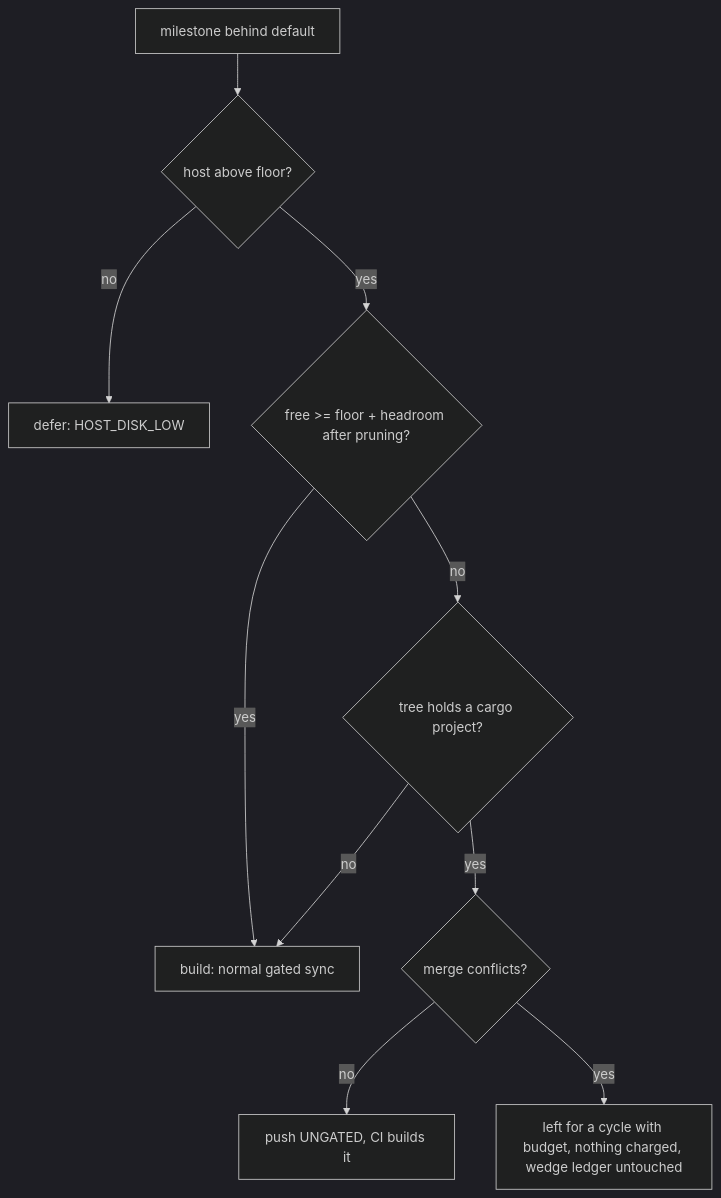
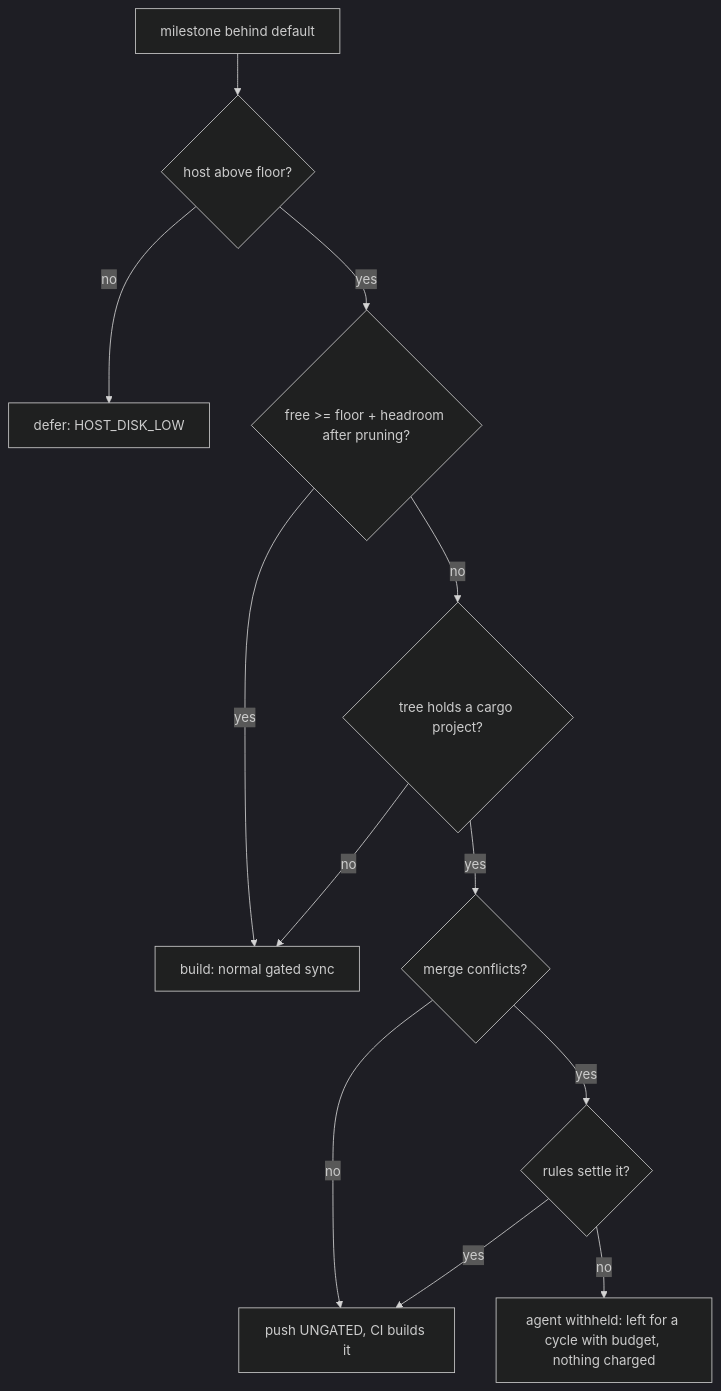
One commit to stSoftwareAU/VibeCoder changed the diagram in docs/archive/pr-summaries/pr-summary-4326.md. Above: the diagram before and after it, drawn with Mermaid (dark theme). The commit also changed other lines of this file and 22 other files, not shown here.

````diff
--- a/docs/archive/pr-summaries/pr-summary-4326.md
+++ b/docs/archive/pr-summaries/pr-summary-4326.md
@@ -62,12 +70,14 @@
 ```mermaid
 flowchart TD
     A[milestone behind default] --> B{host above floor?}
     B -- no --> D[defer: HOST_DISK_LOW]
     B -- yes --> C{free >= floor + headroom after pruning?}
     C -- yes --> E[build: normal gated sync]
     C -- no --> F{tree holds a cargo project?}
     F -- no --> E
     F -- yes --> G{merge conflicts?}
     G -- no --> H[push UNGATED, CI builds it]
-    G -- yes --> I[left for a cycle with budget, nothing charged, wedge ledger untouched]
+    G -- yes --> J{rules settle it?}
+    J -- yes --> H
+    J -- no --> I[agent withheld: left for a cycle with budget, nothing charged]
 ```
````
